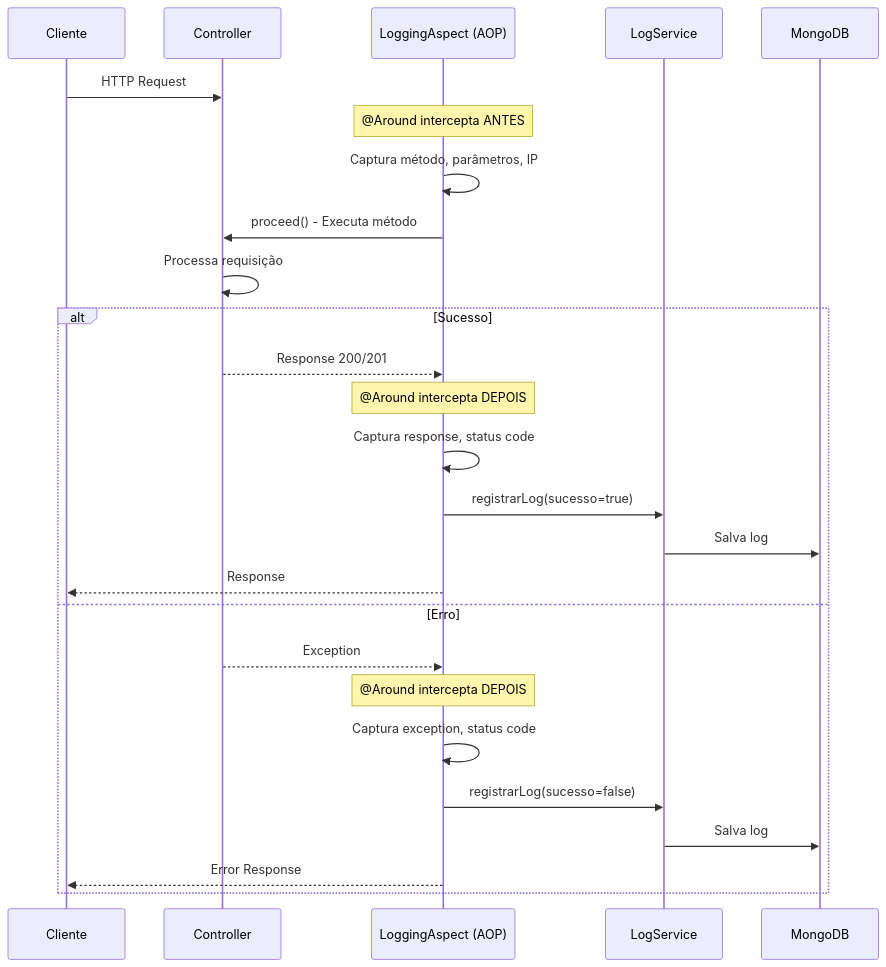
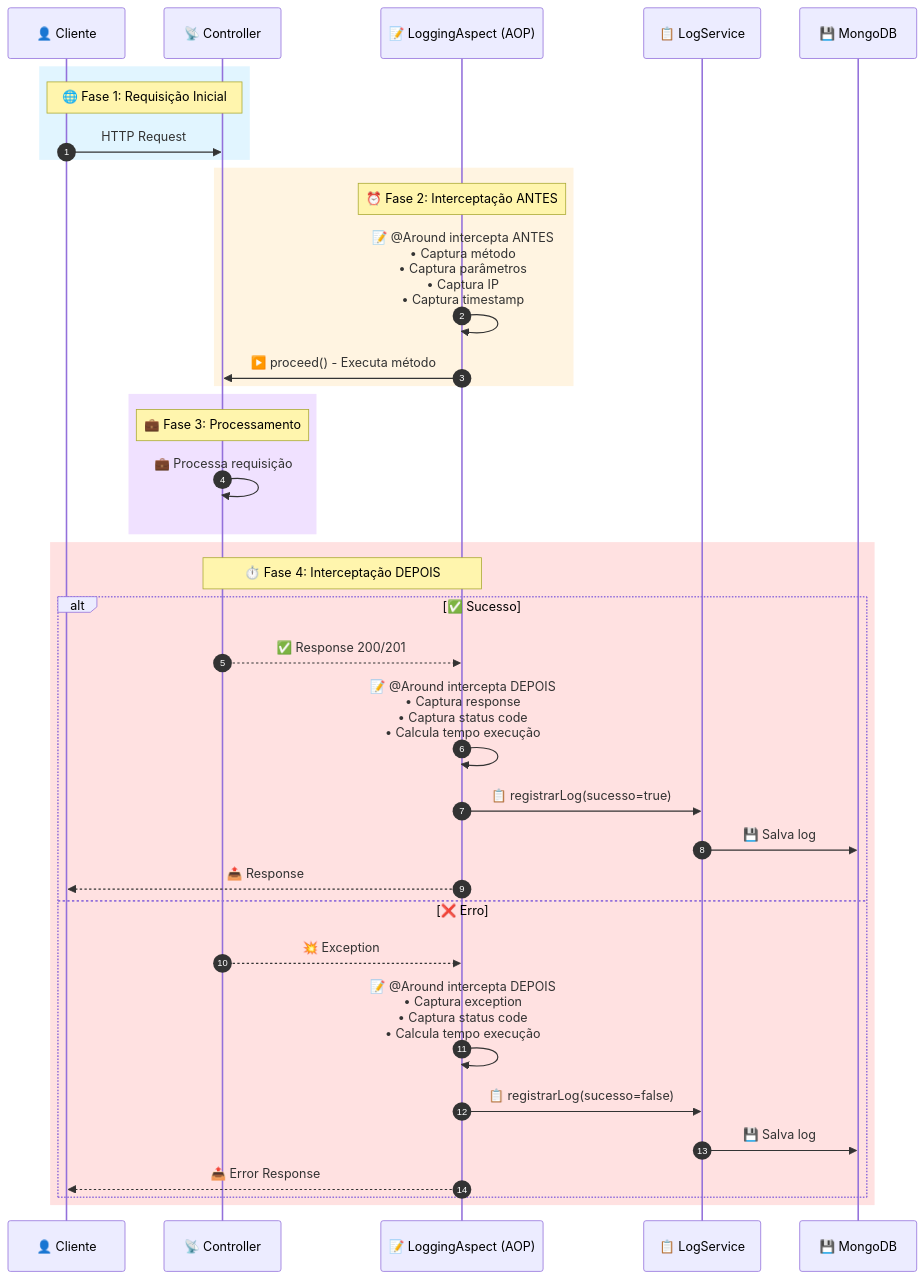
The tenth of 20 diagrams in DOCUMENTACAO_ARQUITETURA_CAMADAS.md (caiohrmm/TCC-BartoFinance), drawn with Mermaid before and after one commit. The commit also changed other lines of this file, not shown here.

````diff
--- a/DOCUMENTACAO_ARQUITETURA_CAMADAS.md
+++ b/DOCUMENTACAO_ARQUITETURA_CAMADAS.md
@@ -429,32 +533,42 @@
 ```mermaid
 sequenceDiagram
-    participant Client as Cliente
-    participant Controller as Controller
-    participant LoggingAspect as LoggingAspect (AOP)
-    participant LogService as LogService
-    participant MongoDB as MongoDB
+    autonumber
+    participant Client as 👤 Cliente
+    participant Controller as 📡 Controller
+    participant LoggingAspect as 📝 LoggingAspect (AOP)
+    participant LogService as 📋 LogService
+    participant MongoDB as 💾 MongoDB
 
-    Client->>Controller: HTTP Request
+    rect rgb(225, 245, 255)
+        Note over Client,Controller: 🌐 Fase 1: Requisição Inicial
+        Client->>Controller: HTTP Request
+    end
     
-    Note over LoggingAspect: @Around intercepta ANTES
-    LoggingAspect->>LoggingAspect: Captura método, parâmetros, IP
-    LoggingAspect->>Controller: proceed() - Executa método
+    rect rgb(255, 244, 225)
+        Note over LoggingAspect,LoggingAspect: ⏰ Fase 2: Interceptação ANTES
+        LoggingAspect->>LoggingAspect: 📝 @Around intercepta ANTES<br/>• Captura método<br/>• Captura parâmetros<br/>• Captura IP<br/>• Captura timestamp
+        LoggingAspect->>Controller: ▶️ proceed() - Executa método
+    end
     
-    Controller->>Controller: Processa requisição
+    rect rgb(240, 225, 255)
+        Note over Controller,Controller: 💼 Fase 3: Processamento
+        Controller->>Controller: 💼 Processa requisição
+    end
     
-    alt Sucesso
-        Controller-->>LoggingAspect: Response 200/201
-        Note over LoggingAspect: @Around intercepta DEPOIS
-        LoggingAspect->>LoggingAspect: Captura response, status code
-        LoggingAspect->>LogService: registrarLog(sucesso=true)
-        LogService->>MongoDB: Salva log
-        LoggingAspect-->>Client: Response
-    else Erro
-        Controller-->>LoggingAspect: Exception
-        Note over LoggingAspect: @Around intercepta DEPOIS
-        LoggingAspect->>LoggingAspect: Captura exception, status code
-        LoggingAspect->>LogService: registrarLog(sucesso=false)
-        LogService->>MongoDB: Salva log
-        LoggingAspect-->>Client: Error Response
+    rect rgb(255, 225, 225)
+        Note over Controller,LoggingAspect: ⏱️ Fase 4: Interceptação DEPOIS
+        alt ✅ Sucesso
+            Controller-->>LoggingAspect: ✅ Response 200/201
+            LoggingAspect->>LoggingAspect: 📝 @Around intercepta DEPOIS<br/>• Captura response<br/>• Captura status code<br/>• Calcula tempo execução
+            LoggingAspect->>LogService: 📋 registrarLog(sucesso=true)
+            LogService->>MongoDB: 💾 Salva log
+            LoggingAspect-->>Client: 📤 Response
+        else ❌ Erro
+            Controller-->>LoggingAspect: 💥 Exception
+            LoggingAspect->>LoggingAspect: 📝 @Around intercepta DEPOIS<br/>• Captura exception<br/>• Captura status code<br/>• Calcula tempo execução
+            LoggingAspect->>LogService: 📋 registrarLog(sucesso=false)
+            LogService->>MongoDB: 💾 Salva log
+            LoggingAspect-->>Client: 📤 Error Response
+        end
     end
 ```
````
